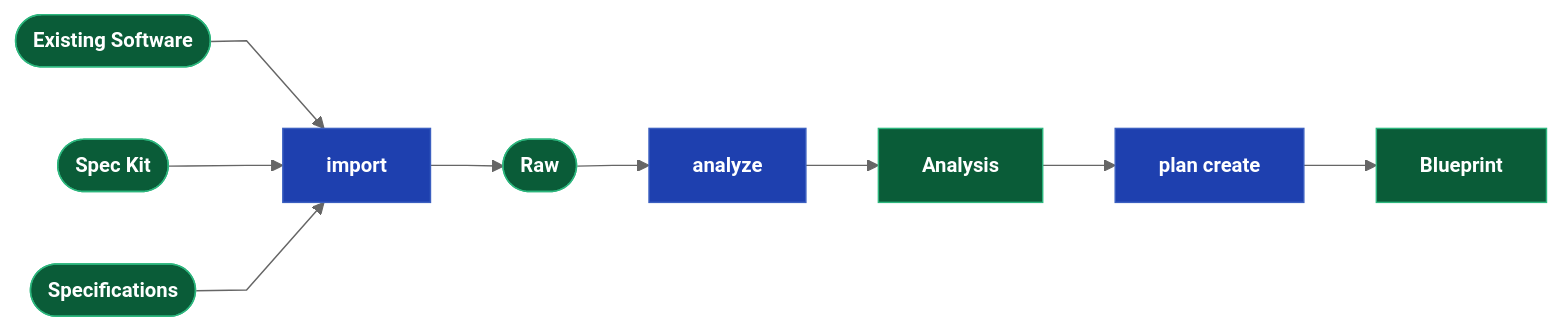
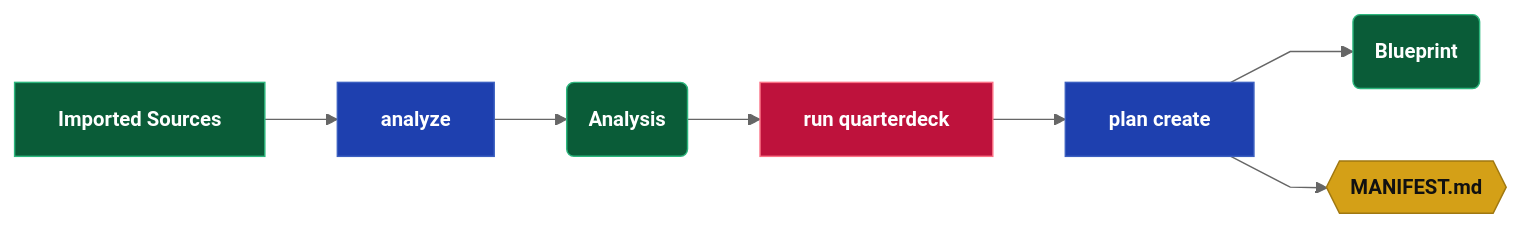
Before and after one commit to webcloudstudio/Drydock: the third of 9 diagrams in docs/Drydock_Specification.md, drawn with Mermaid. The commit also changed other lines of this file and 1 other file, not shown here.

Commit message:
Clarify SAIL Phase 2 specification flow

````diff
--- a/docs/Drydock_Specification.md
+++ b/docs/Drydock_Specification.md
@@ -187,20 +191,17 @@
 ```mermaid
 %%{init: {'theme': 'neutral', 'flowchart': {'curve': 'linear'}, 'themeVariables': {'fontSize': '14px'}}}%%
 flowchart LR
   classDef dir    fill:#0a5c38,stroke:#2cb67d,color:#fff,font-weight:bold
   classDef md     fill:#d4a017,stroke:#a07810,color:#111,font-weight:bold
   classDef script fill:#1e40af,stroke:#3b5fc0,color:#fff,font-weight:bold
   classDef prompt fill:#c2410c,stroke:#ea580c,color:#fff,font-weight:bold
   classDef output fill:#6d28d9,stroke:#8b5cf6,color:#fff,font-weight:bold
   classDef web    fill:#be123c,stroke:#fb7185,color:#fff,font-weight:bold
 
-  SRC1(["Existing Software"]):::dir --> IMPORT["import"]:::script
-  SRC2(["Spec Kit"]):::dir --> IMPORT
-  SRC3(["Specifications"]):::dir --> IMPORT
-  IMPORT --> RAW(["Raw"]):::dir
-  RAW --> ANALYZE["analyze"]:::script
-  ANALYZE --> ANALYSIS["Analysis"]:::dir
-  ANALYSIS --> PLANCREATE["plan create"]:::script
-  PLANCREATE --> PLAN["Blueprint"]:::dir
-
+  SOURCES["Imported Sources"]:::dir --> ANALYZE["analyze"]:::script
+  ANALYZE --> ANALYSIS("Analysis"):::dir
+  ANALYSIS --> QUARTERDECK["run quarterdeck"]:::web
+  QUARTERDECK --> PLANCREATE["plan create"]:::script
+  PLANCREATE --> BLUEPRINT("Blueprint"):::dir
+  PLANCREATE --> MANIFEST{{"MANIFEST.md"}}:::md
 ```
````
